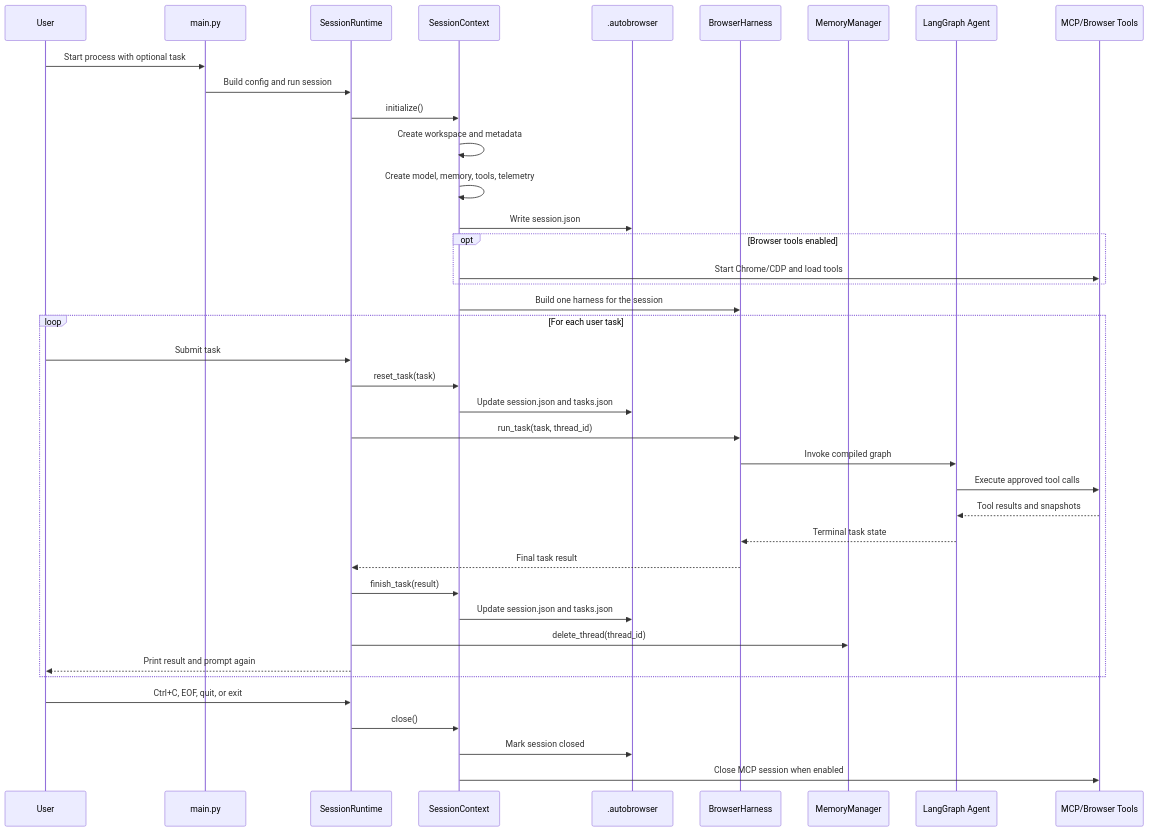
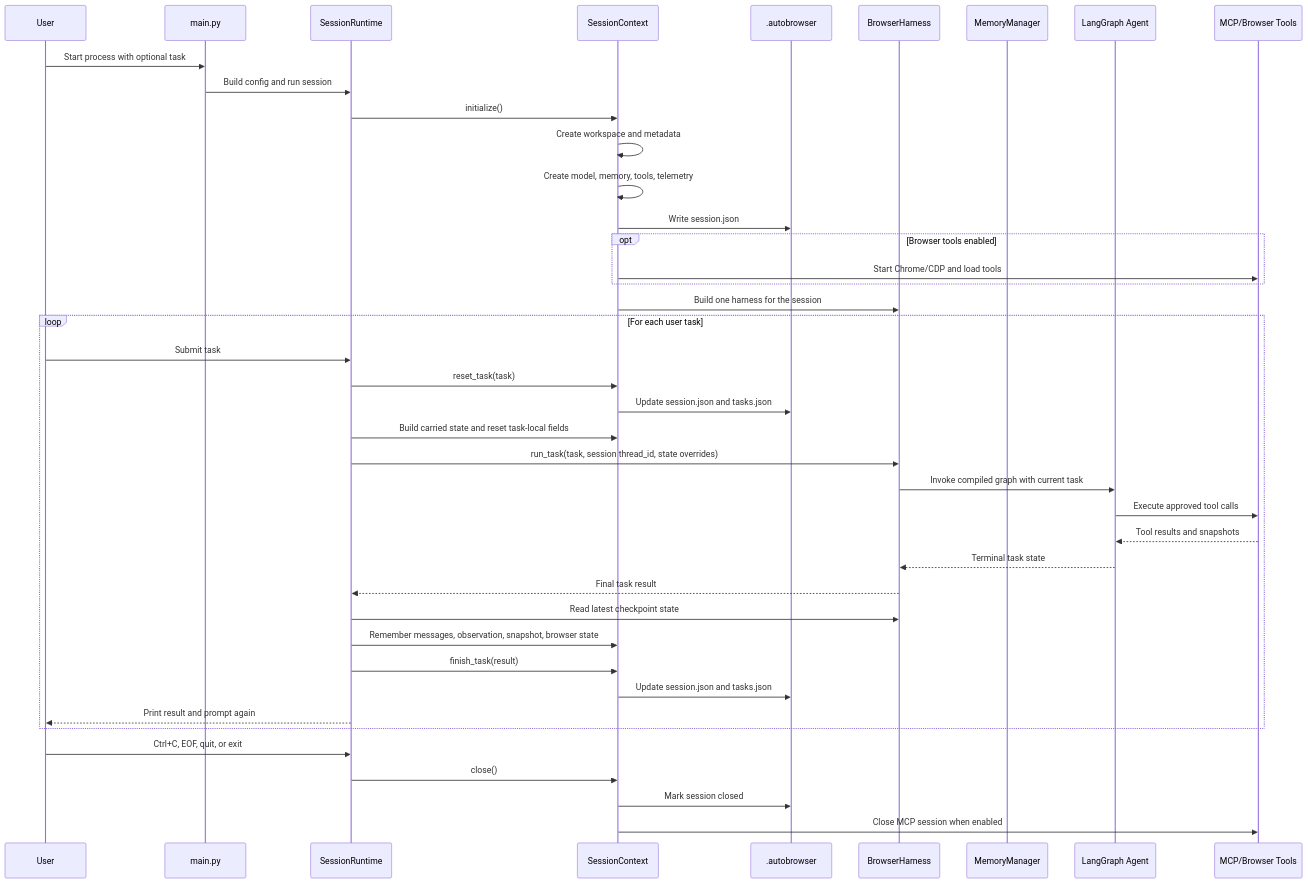
The diagram in docs/diagrams/session-runtime-sequence.md (Hastur456/AutoBrowser), drawn with Mermaid before and after one commit. The commit also changed other lines of this file and 10 other files, not shown here.

````diff
--- a/docs/diagrams/session-runtime-sequence.md
+++ b/docs/diagrams/session-runtime-sequence.md
@@ -7,42 +9,44 @@
 ```mermaid
 sequenceDiagram
   participant User
   participant CLI as main.py
   participant Session as SessionRuntime
   participant Context as SessionContext
   participant Files as .autobrowser
   participant Harness as BrowserHarness
   participant Memory as MemoryManager
   participant Agent as LangGraph Agent
   participant MCP as MCP/Browser Tools
 
   User->>CLI: Start process with optional task
   CLI->>Session: Build config and run session
   Session->>Context: initialize()
   Context->>Context: Create workspace and metadata
   Context->>Context: Create model, memory, tools, telemetry
   Context->>Files: Write session.json
   opt Browser tools enabled
     Context->>MCP: Start Chrome/CDP and load tools
   end
   Context->>Harness: Build one harness for the session
   loop For each user task
     User->>Session: Submit task
     Session->>Context: reset_task(task)
     Context->>Files: Update session.json and tasks.json
-    Session->>Harness: run_task(task, thread_id)
-    Harness->>Agent: Invoke compiled graph
+    Session->>Context: Build carried state and reset task-local fields
+    Session->>Harness: run_task(task, session thread_id, state overrides)
+    Harness->>Agent: Invoke compiled graph with current task
     Agent->>MCP: Execute approved tool calls
     MCP-->>Agent: Tool results and snapshots
     Agent-->>Harness: Terminal task state
     Harness-->>Session: Final task result
+    Session->>Harness: Read latest checkpoint state
+    Session->>Context: Remember messages, observation, snapshot, browser state
     Session->>Context: finish_task(result)
     Context->>Files: Update session.json and tasks.json
-    Session->>Memory: delete_thread(thread_id)
     Session-->>User: Print result and prompt again
   end
   User->>Session: Ctrl+C, EOF, quit, or exit
   Session->>Context: close()
   Context->>Files: Mark session closed
   Context->>MCP: Close MCP session when enabled
 ```
````
